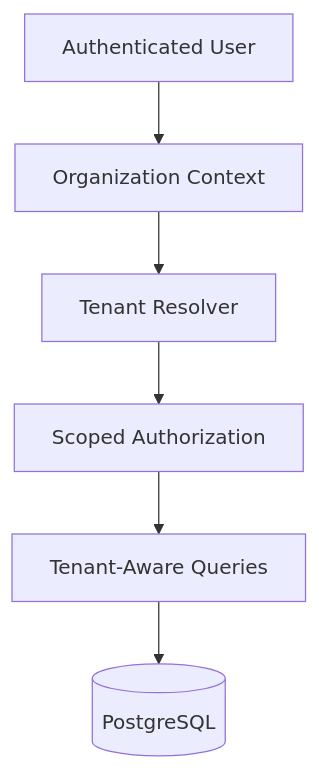
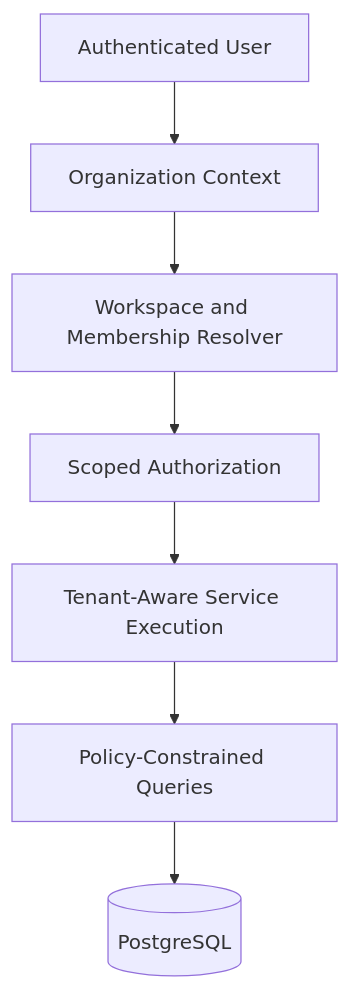
The diagram in architecture/tenant-isolation.md (Ahsankhalid618/multi-tenant-saas-architecture), drawn with Mermaid before and after one commit. The commit also changed other lines of this file and 20 other files, not shown here.

````diff
--- a/architecture/tenant-isolation.md
+++ b/architecture/tenant-isolation.md
@@ -26,14 +35,16 @@
 ```mermaid
 flowchart TD
 
 A[Authenticated User]
 --> B[Organization Context]
 
-B --> C[Tenant Resolver]
+B --> C[Workspace and Membership Resolver]
 
 C --> D[Scoped Authorization]
 
-D --> E[Tenant-Aware Queries]
+D --> E[Tenant-Aware Service Execution]
 
-E --> F[(PostgreSQL)]
+E --> F[Policy-Constrained Queries]
+
+F --> G[(PostgreSQL)]
 ```
````
